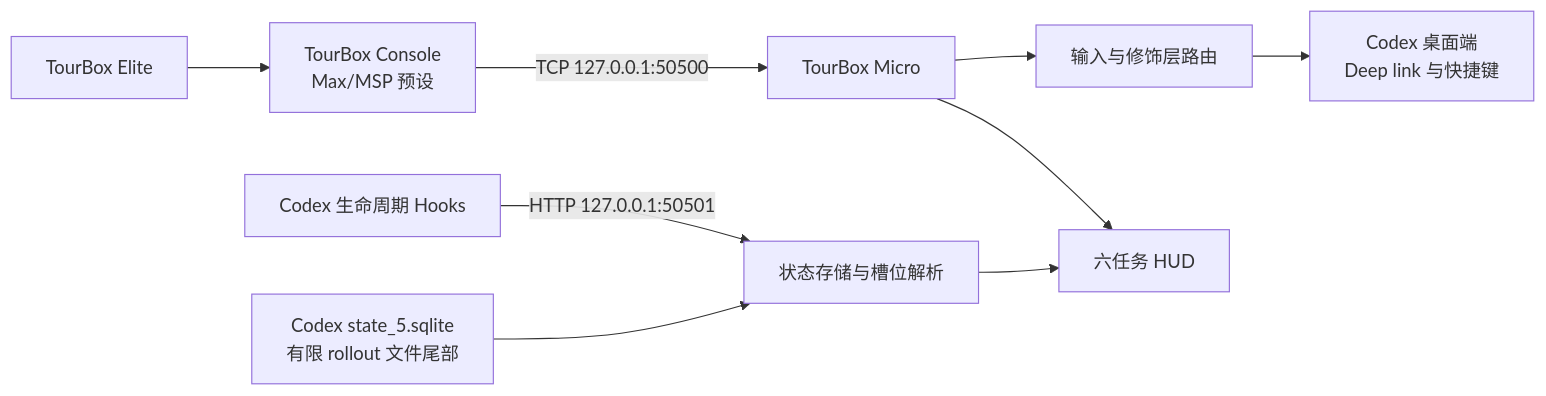
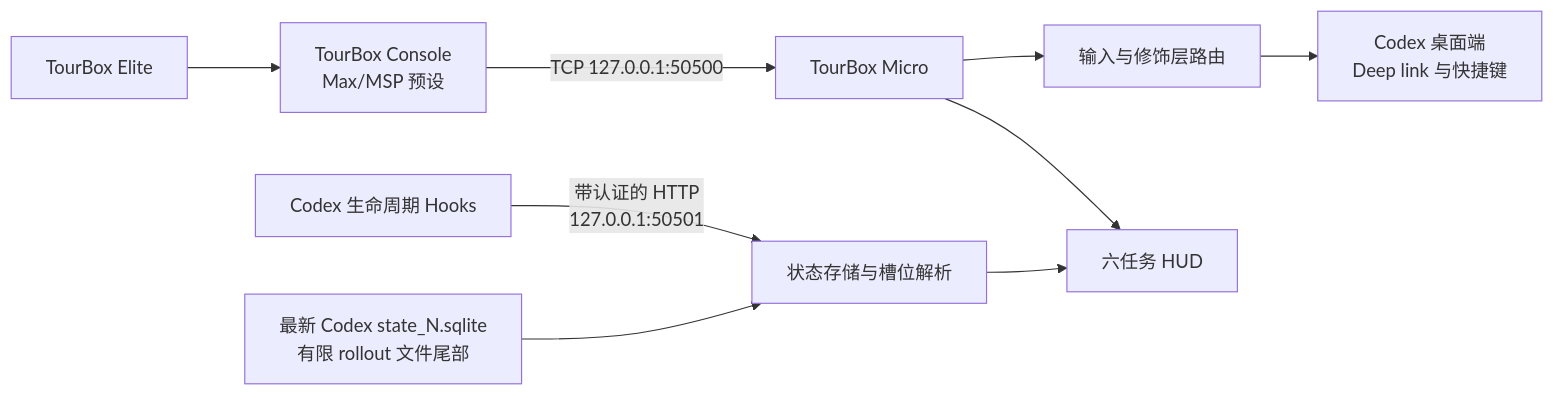
The diagram in README.zh-CN.md (MJYKIM99/tourbox-micro), drawn with Mermaid before and after one commit. The commit also changed other lines of this file and 47 other files, not shown here.

````diff
--- a/README.zh-CN.md
+++ b/README.zh-CN.md
@@ -55,12 +56,12 @@
 ```mermaid
 flowchart LR
     TB["TourBox Elite"] --> TC["TourBox Console<br/>Max/MSP 预设"]
     TC -->|"TCP 127.0.0.1:50500"| APP["TourBox Micro"]
     APP --> ROUTER["输入与修饰层路由"]
     ROUTER --> CODEX["Codex 桌面端<br/>Deep link 与快捷键"]
 
-    HOOKS["Codex 生命周期 Hooks"] -->|"HTTP 127.0.0.1:50501"| STATUS["状态存储与槽位解析"]
-    DB["Codex state_5.sqlite<br/>有限 rollout 文件尾部"] --> STATUS
+    HOOKS["Codex 生命周期 Hooks"] -->|"带认证的 HTTP<br/>127.0.0.1:50501"| STATUS["状态存储与槽位解析"]
+    DB["最新 Codex state_N.sqlite<br/>有限 rollout 文件尾部"] --> STATUS
     STATUS --> HUD["六任务 HUD"]
     APP --> HUD
 ```
````
